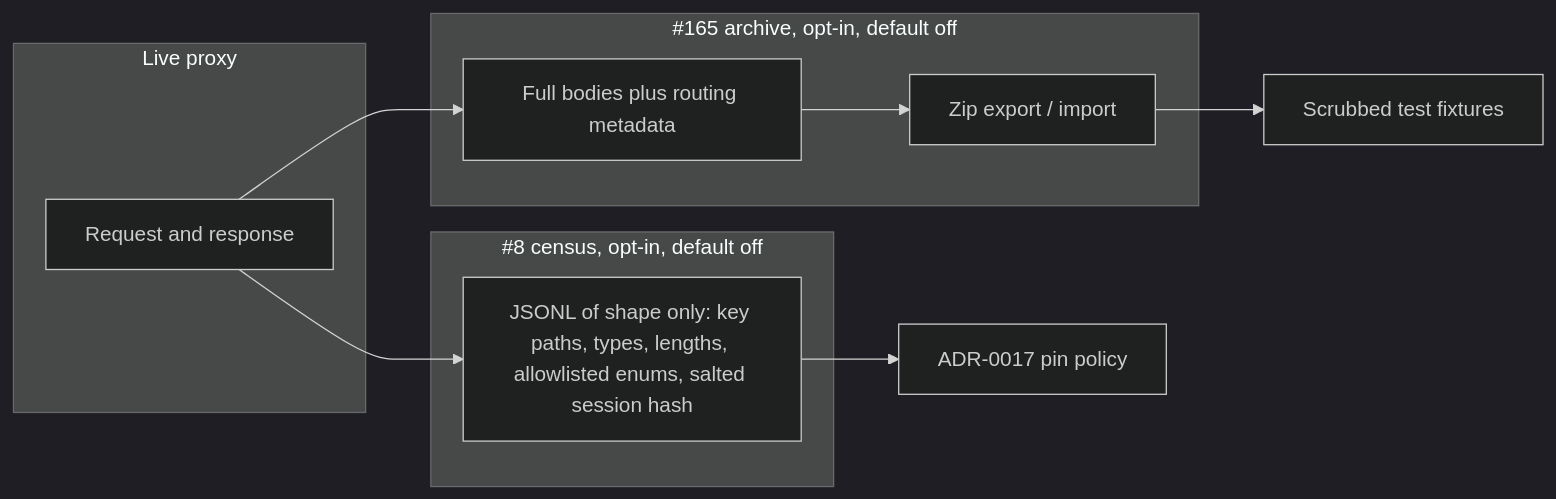
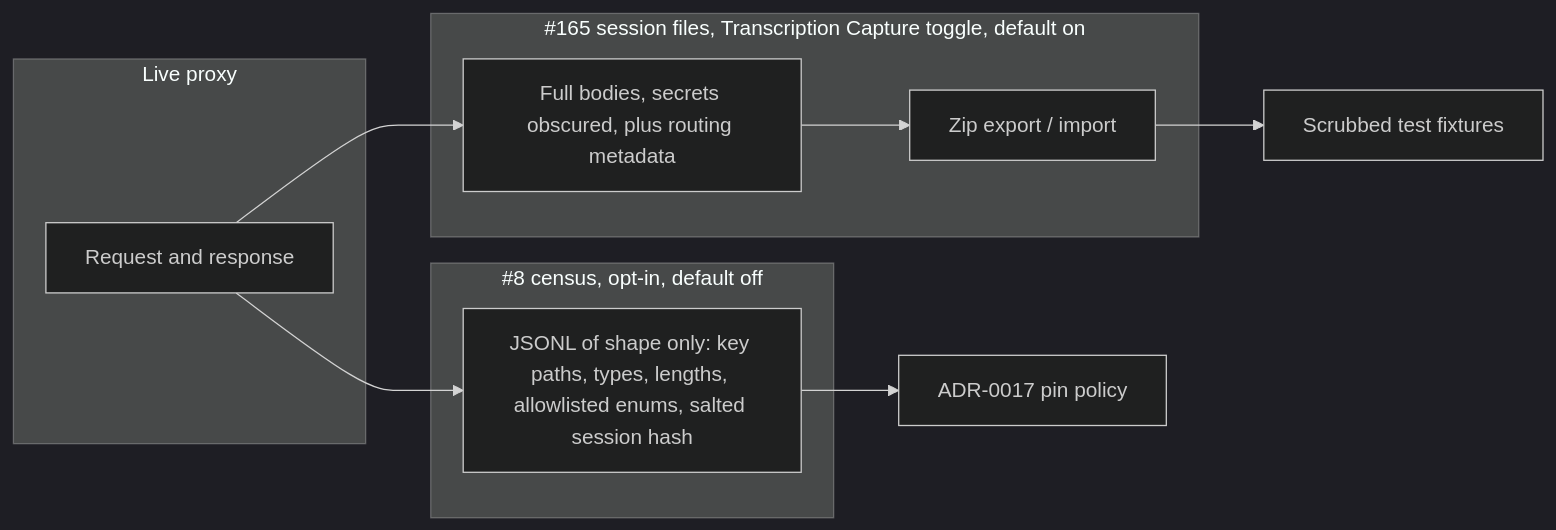
Before and after one commit to davidpizon/TotallyHot-ArcRouter: the diagram in docs/plans/issue-165-export-import-history.md, drawn with Mermaid (dark theme). The commit also changed other lines of this file and 2 other files, not shown here.

First line of the commit message:
Add ADR-0019 (encrypted per-session conversation storage) and amend the #165 plan

````diff
--- a/docs/plans/issue-165-export-import-history.md
+++ b/docs/plans/issue-165-export-import-history.md
@@ -138,18 +204,18 @@
 ```mermaid
 flowchart LR
     subgraph live["Live proxy"]
         Req[Request and response]
     end
     subgraph census["#8 census, opt-in, default off"]
         Shape["JSONL of shape only: key paths, types, lengths, allowlisted enums, salted session hash"]
     end
-    subgraph archive["#165 archive, opt-in, default off"]
-        Bodies["Full bodies plus routing metadata"]
+    subgraph archive["#165 session files, Transcription Capture toggle, default on"]
+        Bodies["Full bodies, secrets obscured, plus routing metadata"]
         Zip[Zip export / import]
     end
     Req --> Shape
     Req --> Bodies
     Bodies --> Zip
     Zip --> Tests[Scrubbed test fixtures]
     Shape --> ADR["ADR-0017 pin policy"]
 ```
````
